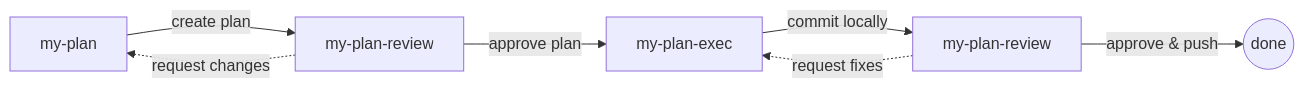
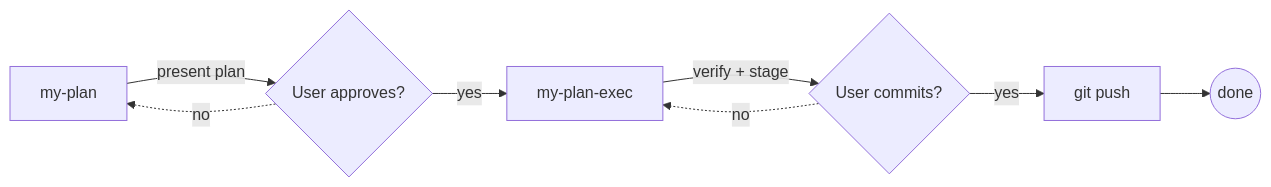
The first of 2 diagrams in README.md (chandima/opencode-config), drawn with Mermaid before and after one commit. The commit also changed other lines of this file and 4 other files, not shown here.

First line of the commit message:
feat(agents): consolidate 3 agents to 2 (remove my-plan-review)

````diff
--- a/README.md
+++ b/README.md
@@ -124,9 +123,10 @@
 ```mermaid
 flowchart LR
-    A[my-plan] -->|create plan| B[my-plan-review]
-    B -->|approve plan| C[my-plan-exec]
-    B -.->|request changes| A
-    C -->|commit locally| D[my-plan-review]
-    D -->|approve & push| E((done))
-    D -.->|request fixes| C
+    A[my-plan] -->|present plan| B{User approves?}
+    B -->|yes| C[my-plan-exec]
+    B -.->|no| A
+    C -->|verify + stage| D{User commits?}
+    D -->|yes| E[git push]
+    E --> F((done))
+    D -.->|no| C
 ```
````
